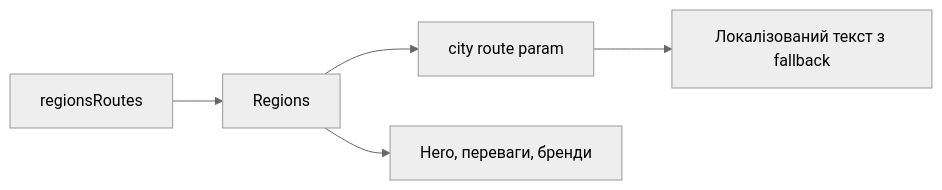
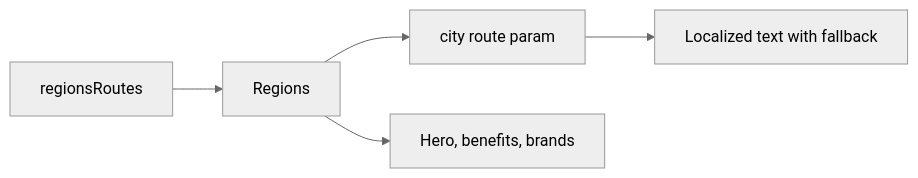
Before and after one commit to Weretik/kedr-web: the diagram in docs/features/storefront/content/regions.md, drawn with Mermaid (neutral theme). The commit also changed other lines of this file and 95 other files, not shown here.

Commit message:
docs(frontend): reconcile architecture and feature guidance

````diff
--- a/docs/features/storefront/content/regions.md
+++ b/docs/features/storefront/content/regions.md
@@ -10,7 +10,7 @@
 ```mermaid
 flowchart LR
 Route["regionsRoutes"] --> Page["Regions"]
 Page --> City["city route param"]
-City --> Text["Локалізований текст з fallback"]
-Page --> Sections["Hero, переваги, бренди"]
+City --> Text["Localized text with fallback"]
+Page --> Sections["Hero, benefits, brands"]
 ```
````
